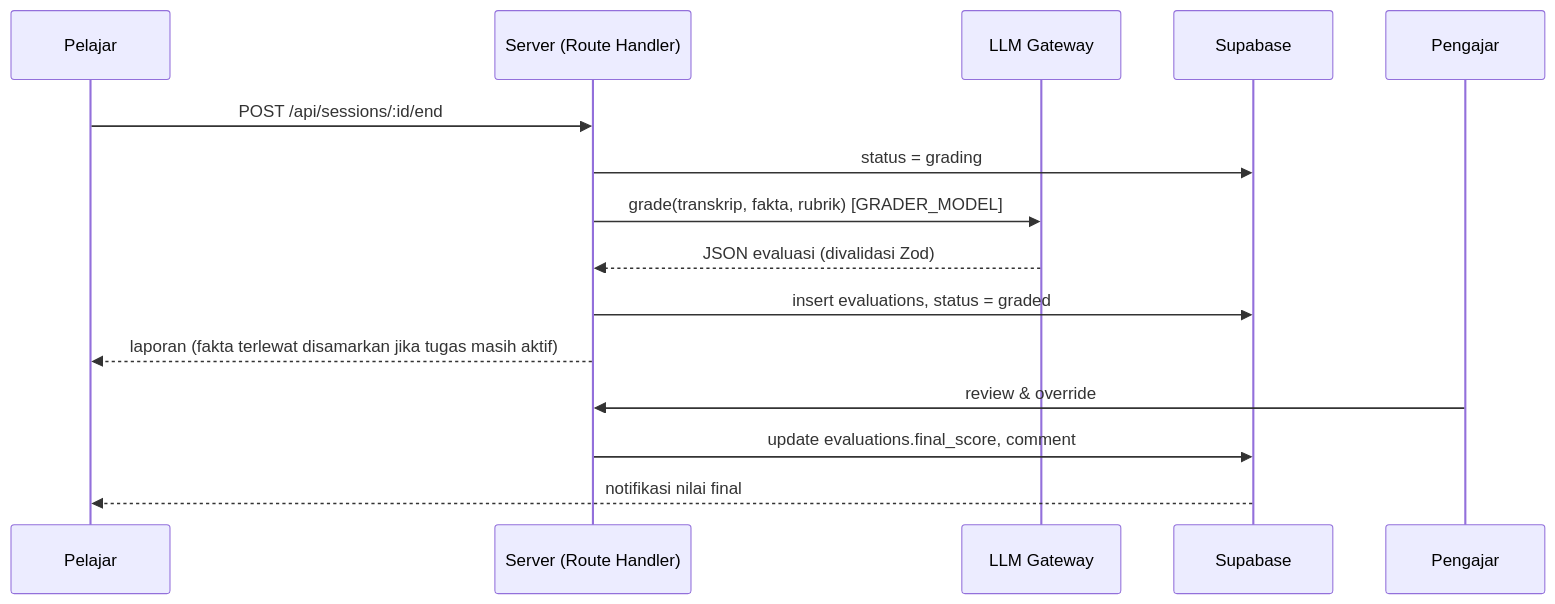
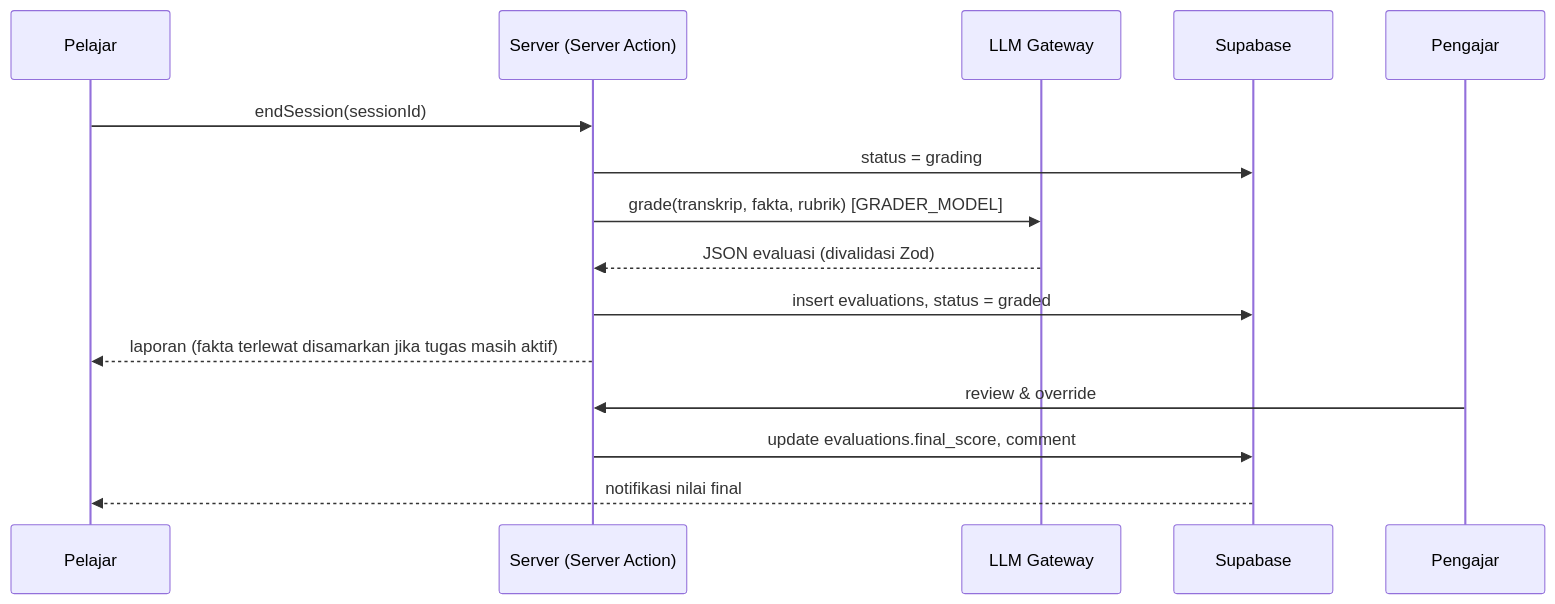
One commit to adrielwalintukan/interviewAI changed the fourth of 4 diagrams in docs/workflow.md. Above: the diagram before and after it, drawn with Mermaid. The commit also changed 1 other file, not shown here.

Commit message:
docs: selaraskan architecture dan workflow dengan Server Actions
Dokumen masih menyebut route /api/* (chat, sessions, live-token) padahal
implementasi memakai Server Actions. Juga mencatat pipeline suara mode hemat
(Gemini TTS + claim_tts) dan temuan languageCode di Live.

````diff
--- a/docs/workflow.md
+++ b/docs/workflow.md
@@ -76,17 +76,17 @@
 ```mermaid
 sequenceDiagram
   participant P as Pelajar
-  participant S as Server (Route Handler)
+  participant S as Server (Server Action)
   participant L as LLM Gateway
   participant DB as Supabase
   participant G as Pengajar
-  P->>S: POST /api/sessions/:id/end
+  P->>S: endSession(sessionId)
   S->>DB: status = grading
   S->>L: grade(transkrip, fakta, rubrik) [GRADER_MODEL]
   L-->>S: JSON evaluasi (divalidasi Zod)
   S->>DB: insert evaluations, status = graded
   S-->>P: laporan (fakta terlewat disamarkan jika tugas masih aktif)
   G->>S: review & override
   S->>DB: update evaluations.final_score, comment
   DB-->>P: notifikasi nilai final
 ```
````
